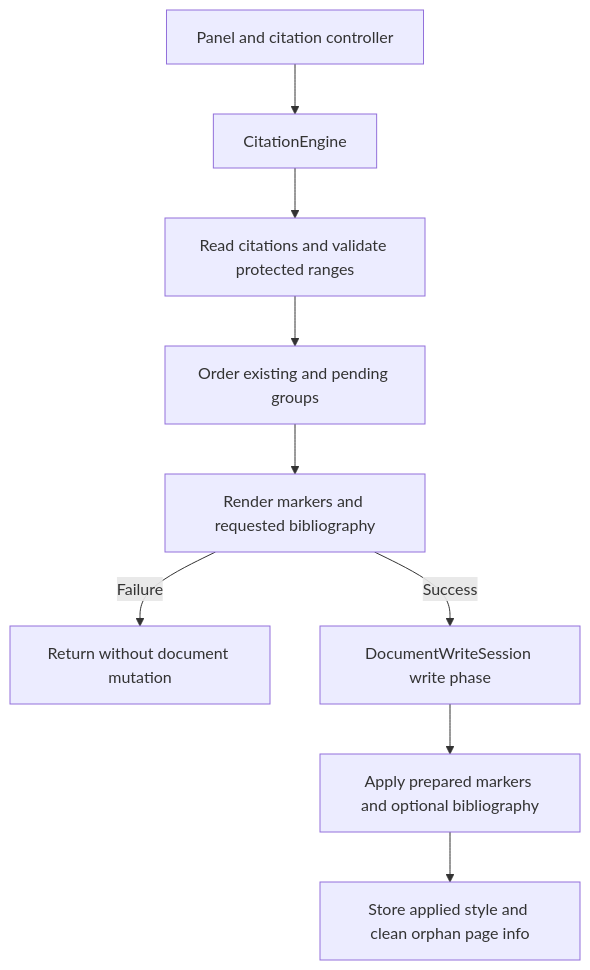
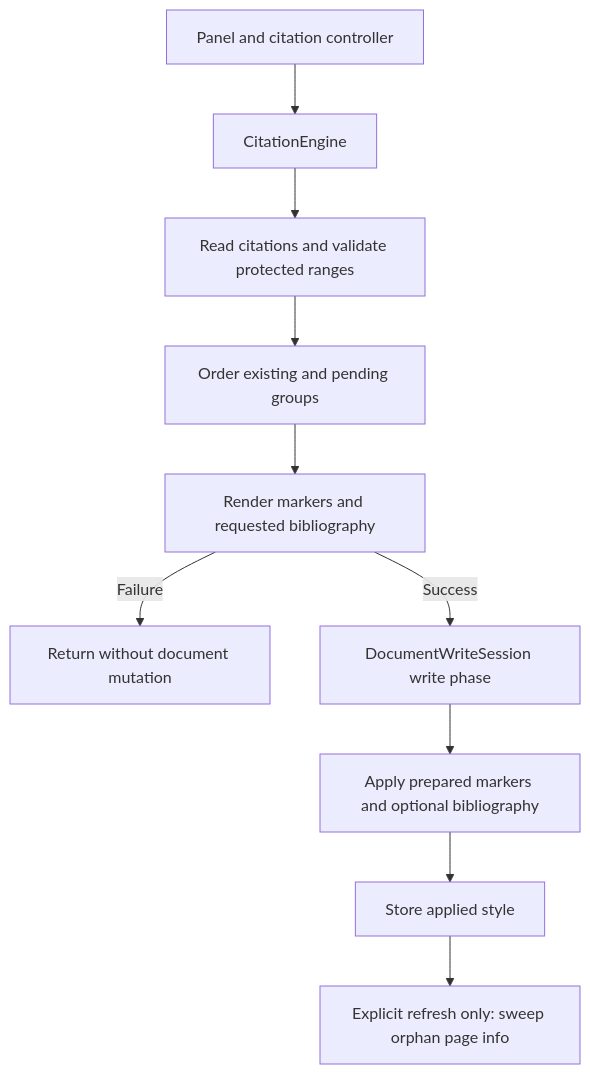
Before and after one commit to JabRef/jabref: the diagram in docs/code-howtos/openoffice/overview.md, drawn with Mermaid. The commit also changed other lines of this file and 28 other files, not shown here.

````diff
--- a/docs/code-howtos/openoffice/overview.md
+++ b/docs/code-howtos/openoffice/overview.md
@@ -53,11 +53,12 @@
 ```mermaid
 flowchart TD
     Gui[Panel and citation controller] --> Engine[CitationEngine]
     Engine --> Read[Read citations and validate protected ranges]
     Read --> Order[Order existing and pending groups]
     Order --> Render[Render markers and requested bibliography]
     Render -->|Failure| Error[Return without document mutation]
     Render -->|Success| Session[DocumentWriteSession write phase]
     Session --> Apply[Apply prepared markers and optional bibliography]
-    Apply --> State[Store applied style and clean orphan page info]
+    Apply --> State[Store applied style]
+    State --> Cleanup[Explicit refresh only: sweep orphan page info]
 ```
````
